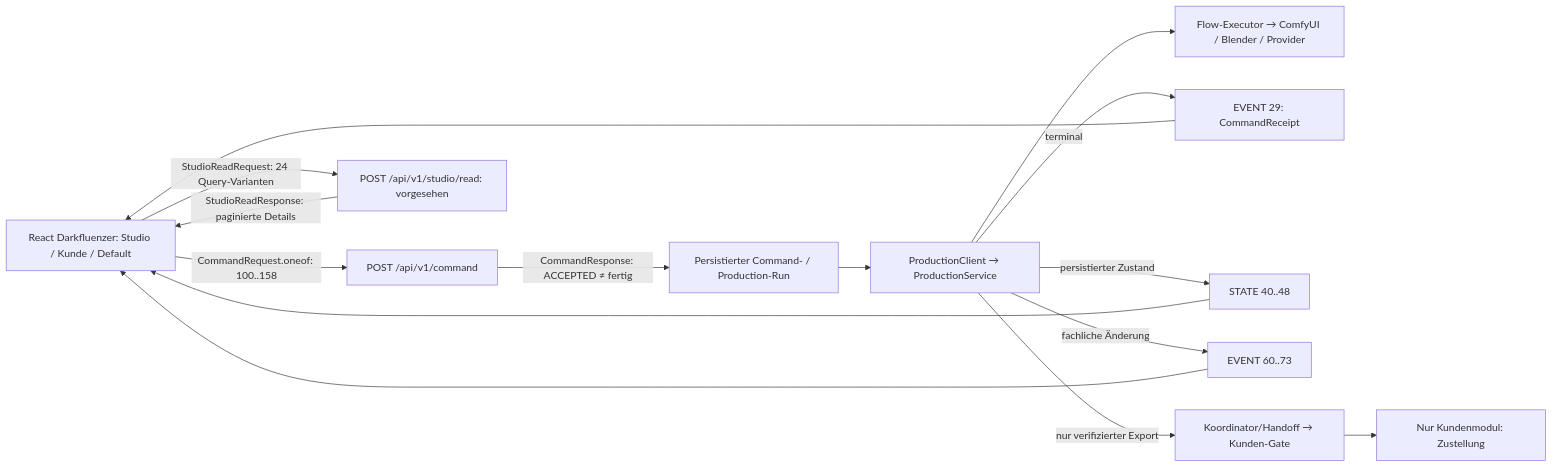
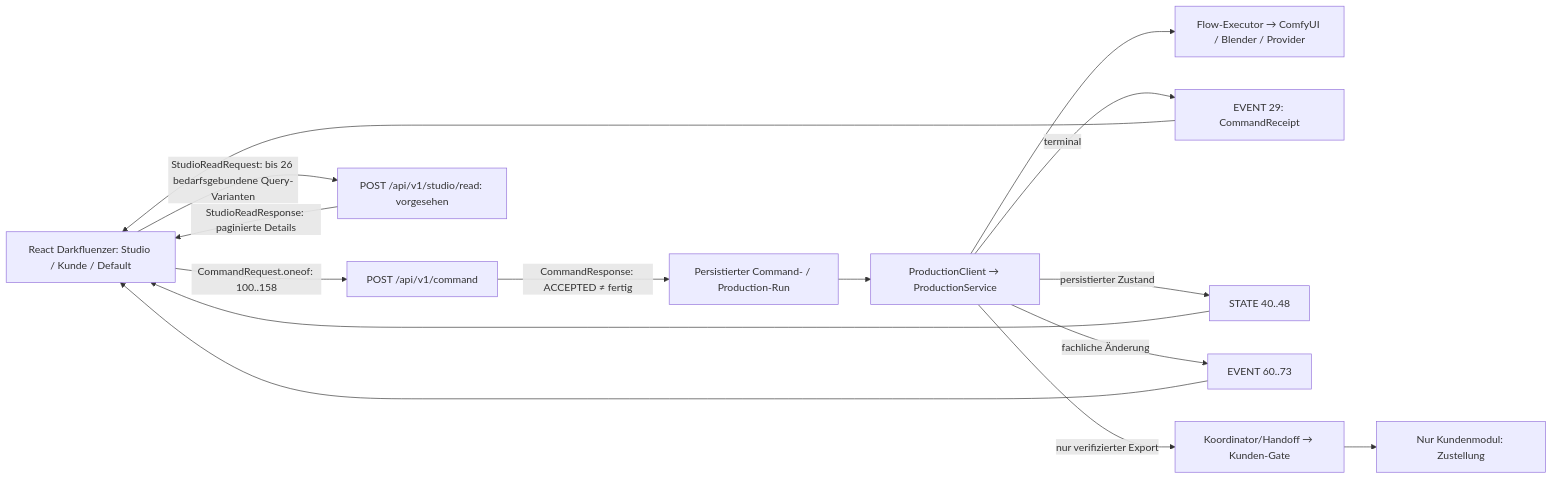
The diagram in protocol/contracts/studio/README.md (sawyerma/Darkfluenzer), drawn with Mermaid before and after one commit. The commit also changed other lines of this file and 6 other files, not shown here.

```diff
--- a/protocol/contracts/studio/README.md
+++ b/protocol/contracts/studio/README.md
@@ -83,17 +85,17 @@
 ~~~mermaid
 flowchart LR
   GUI["React Darkfluenzer: Studio / Kunde / Default"] -->|"CommandRequest.oneof: 100..158"| CMD["POST /api/v1/command"]
   CMD -->|"CommandResponse: ACCEPTED ≠ fertig"| QUEUE["Persistierter Command- / Production-Run"]
   QUEUE --> SERVICE["ProductionClient → ProductionService"]
   SERVICE --> EXE["Flow-Executor → ComfyUI / Blender / Provider"]
   SERVICE -->|"terminal"| RECEIPT["EVENT 29: CommandReceipt"]
   SERVICE -->|"persistierter Zustand"| STATE["STATE 40..48"]
   SERVICE -->|"fachliche Änderung"| EVENT["EVENT 60..73"]
   STATE --> GUI
   EVENT --> GUI
   RECEIPT --> GUI
-  GUI -->|"StudioReadRequest: 24 Query-Varianten"| READ["POST /api/v1/studio/read: vorgesehen"]
+  GUI -->|"StudioReadRequest: bis 26 bedarfsgebundene Query-Varianten"| READ["POST /api/v1/studio/read: vorgesehen"]
   READ -->|"StudioReadResponse: paginierte Details"| GUI
   SERVICE -->|"nur verifizierter Export"| COORD["Koordinator/Handoff → Kunden-Gate"]
   COORD --> DISPATCH["Nur Kundenmodul: Zustellung"]
 ~~~
```
